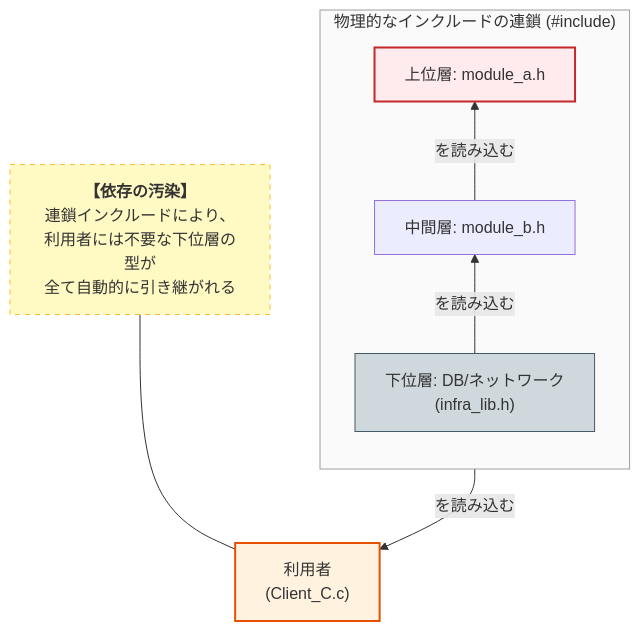
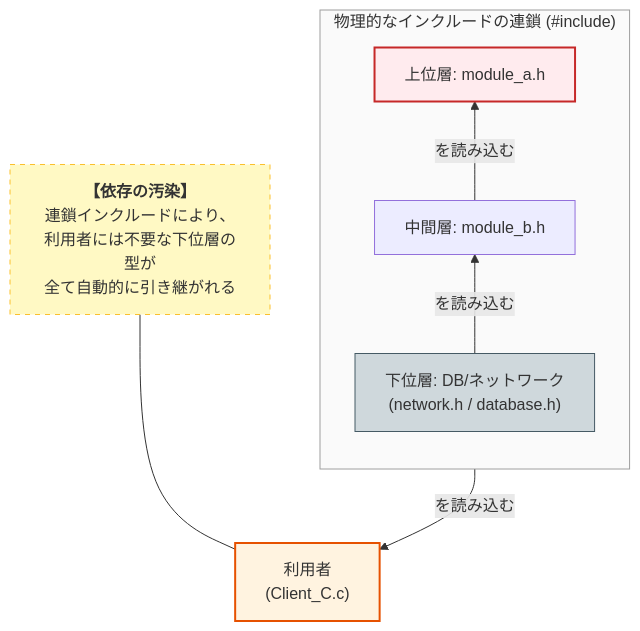
Before and after one commit to kumachan1101/BookProject: the first of 4 diagrams in 02_章別/15_第2部 第11章 インターフェース分離原則 (ISP) 不要な依存の排除とモジュール結合度の最小化_02.md, drawn with Mermaid. The commit also changed other lines of this file and 109 other files, not shown here.

````diff
--- a/02_章別/15_第2部 第11章 インターフェース分離原則 (ISP) 不要な依存の排除とモジュール結合度の最小化_02.md
+++ b/02_章別/15_第2部 第11章 インターフェース分離原則 (ISP) 不要な依存の排除とモジュール結合度の最小化_02.md
@@ -32,25 +26,25 @@
 ```mermaid
 graph TB
       %% 汚染の流れ（右から左へ流入）を強調するために、右から左(RL)で描画
       subgraph InclusionChain ["物理的なインクルードの連鎖 (#include)"]
           direction BT
-          INFRA["下位層: DB/ネットワーク<br/>(infra_lib.h)"] -- "を読み込む" --> MB["中間層: module_b.h"]
+          INFRA["下位層: DB/ネットワーク<br/>(network.h / database.h)"] -- "を読み込む" --> MB["中間層: module_b.h"]
           MB -- "を読み込む" --> MA["上位層: module_a.h"]
       end
 
       %% 利用者への汚染
       MA -- "を読み込む" --> C["利用者<br/>(Client_C.c)"]
 
       %% 汚染の注釈
       Pollution["<b>【依存の汚染】</b><br/>連鎖インクルードにより、<br/>利用者には不要な下位層の型が<br/>全て自動的に引き継がれる"]
 
       %% 注釈の配置
       Pollution --- C
 
       %% スタイル設定
       style INFRA fill:#cfd8dc,stroke:#455a64
       style MA fill:#ffebee,stroke:#c62828,stroke-width:2px
       style C fill:#fff3e0,stroke:#e65100,stroke-width:2px
       style Pollution fill:#fff9c4,stroke:#fbc02d,stroke-dasharray: 5 5
       style InclusionChain fill:#fafafa,stroke:#9e9e9e
 ```
````
